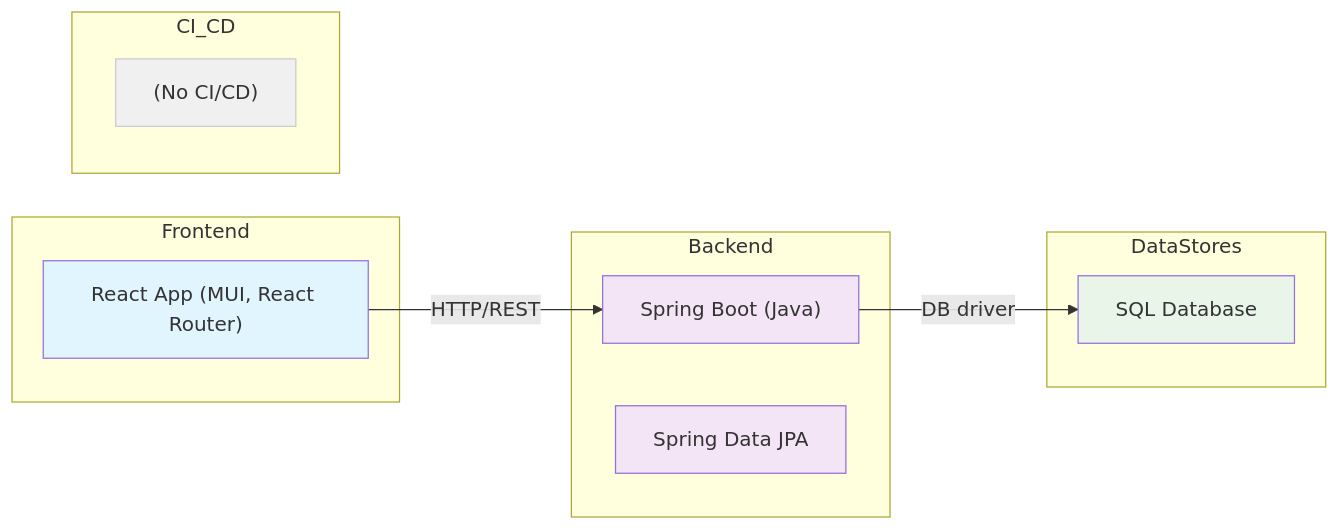
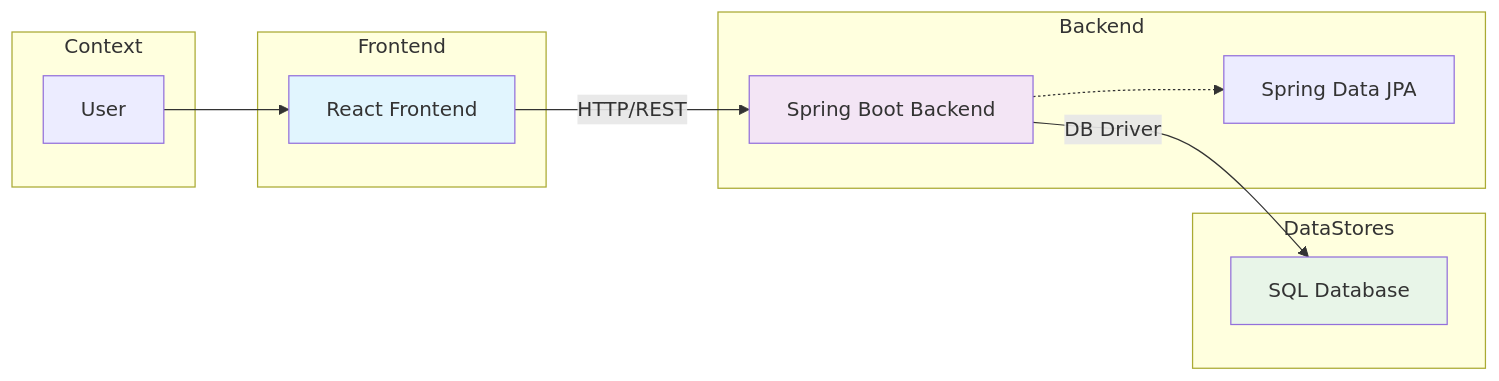
One commit to Automaxx/Offxd changed the diagram in ARCHITECTURE.md. Above: the diagram before and after it, drawn with Mermaid.

Commit message:
Add/Update ARCHITECTURE.md via AutoGitPilot Architecture Diagram Generator

````diff
--- a/ARCHITECTURE.md
+++ b/ARCHITECTURE.md
@@ -5,28 +5,27 @@
 ```mermaid
 graph LR
+    subgraph Context
+        User["User"]
+    end
+    
     subgraph Frontend
-        React["React App (MUI, React Router)"]
-        style React fill:#e1f5fe
+        ReactApp["React Frontend"]
+        style ReactApp fill:#e1f5fe
     end
 
     subgraph Backend
-        SpringBoot["Spring Boot (Java)"]
-        JPA["Spring Data JPA"]
-        style SpringBoot fill:#f3e5f5
-        style JPA fill:#f3e5f5
+        SpringBootApp["Spring Boot Backend"]
+        style SpringBootApp fill:#f3e5f5
+        SpringDataJPA["Spring Data JPA"]
     end
 
     subgraph DataStores
-        SQLDB["SQL Database"]
-        style SQLDB fill:#e8f5e8
+        Database["SQL Database"]
+        style Database fill:#e8f5e8
     end
 
-    subgraph CI_CD
-        CI_CD_System["(No CI/CD)"]
-        style CI_CD_System fill:#f0f0f0,stroke:#ccc,stroke-width:1px
-    end
-
-
-    React -->|HTTP/REST| SpringBoot
-    SpringBoot -->|DB driver| SQLDB
+    User --> ReactApp
+    ReactApp -->|HTTP/REST| SpringBootApp
+    SpringBootApp -->|DB Driver| Database
+    SpringBootApp -.-> SpringDataJPA
 ```
````
